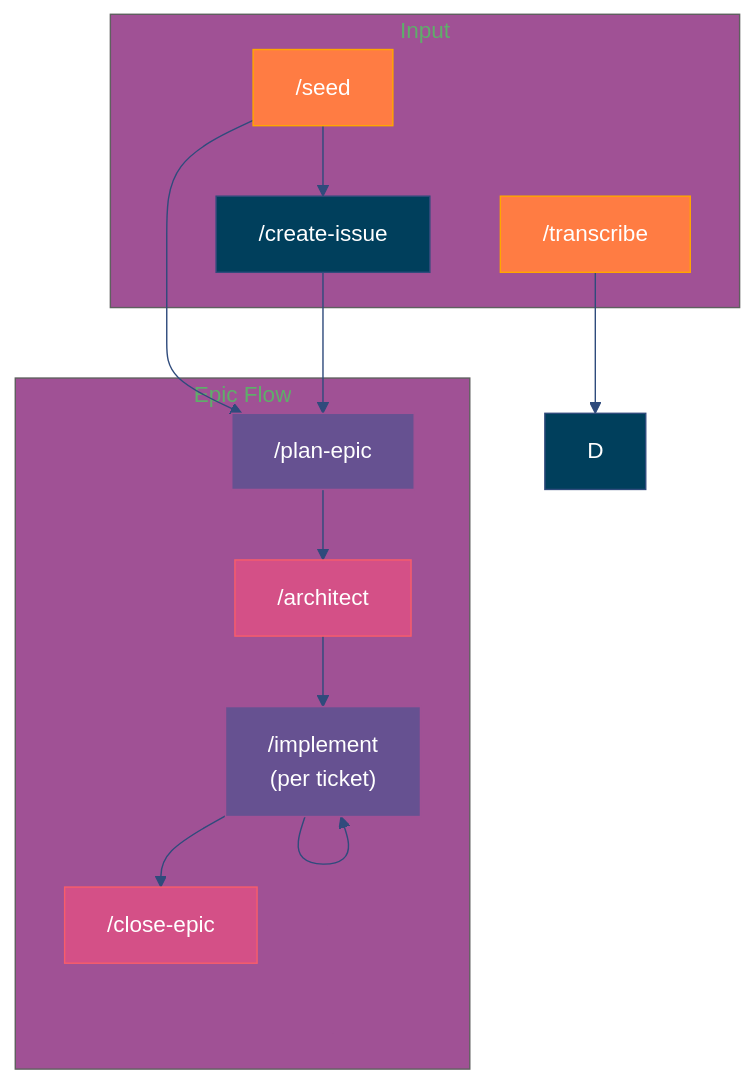
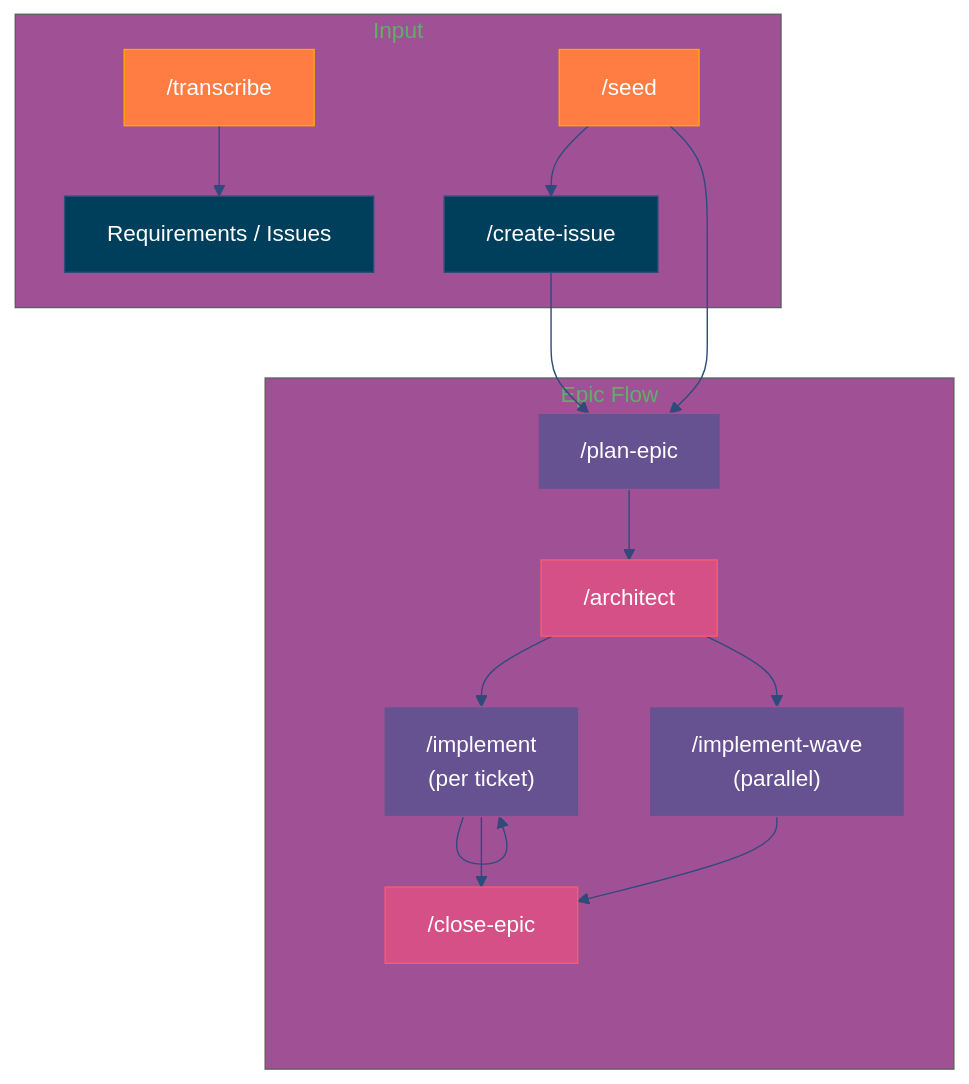
One commit to plwp/chief-wiggum changed the first of 3 diagrams in README.md. Above: the diagram before and after it, drawn with Mermaid. The commit also changed other lines of this file and 27 other files, not shown here.

````diff
--- a/README.md
+++ b/README.md
@@ -67,30 +71,34 @@
 ```mermaid
 %%{init: {'theme': 'base', 'themeVariables': {'primaryColor': '#003f5c', 'primaryTextColor': '#fff', 'primaryBorderColor': '#2f4b7c', 'secondaryColor': '#665191', 'tertiaryColor': '#a05195', 'lineColor': '#2f4b7c', 'textColor': '#333'}}}%%
 graph TD
     subgraph "Input"
         A["/transcribe"]:::entry
         B["/seed"]:::entry
         C["/create-issue"]:::default
+        D["Requirements / Issues"]:::default
     end
 
     subgraph "Epic Flow"
         E["/plan-epic"]:::modified
         F["/architect"]:::new
         G["/implement<br/>(per ticket)"]:::modified
+        W["/implement-wave<br/>(parallel)"]:::modified
         H["/close-epic"]:::new
     end
 
     A --> D
     B --> C
     B --> E
     C --> E
     E --> F
     F --> G
+    F --> W
     G --> G
     G --> H
+    W --> H
 
     classDef entry fill:#ff7c43,stroke:#ffa600,color:#fff
     classDef default fill:#003f5c,stroke:#2f4b7c,color:#fff
     classDef modified fill:#665191,stroke:#a05195,color:#fff
     classDef new fill:#d45087,stroke:#f95d6a,color:#fff
 ```
````
